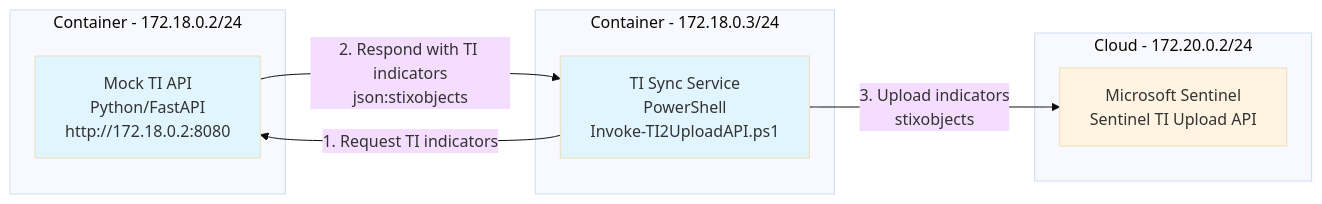
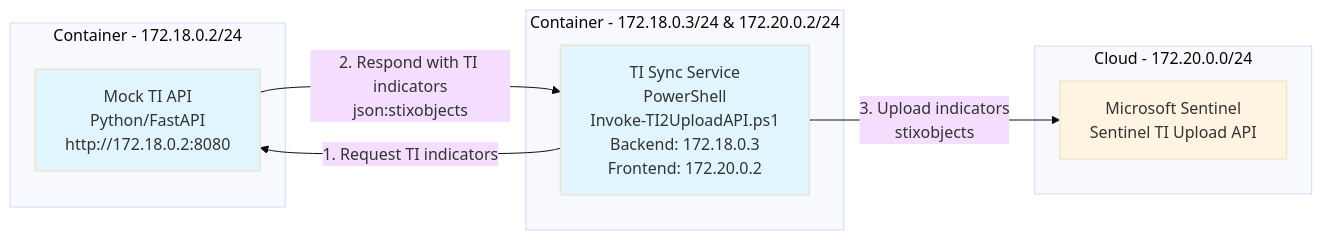
One commit to dcodev1702/Sentinel-TI-Upload-with-Mock-TI-API changed the diagram in README.md. Above: the diagram before and after it, drawn with Mermaid (base theme).

````diff
--- a/README.md
+++ b/README.md
@@ -6,22 +6,22 @@
 ```mermaid
 graph LR
     subgraph "Container - 172.18.0.2/24"
         A[Mock TI API<br/>Python/FastAPI<br/>http://172.18.0.2:8080]
     end
     
-    subgraph "Container - 172.18.0.3/24"
-        B[TI Sync Service<br/>PowerShell<br/>Invoke-TI2UploadAPI.ps1]
+    subgraph "Container - 172.18.0.3/24 & 172.20.0.2/24"
+        B[TI Sync Service<br/>PowerShell<br/>Invoke-TI2UploadAPI.ps1<br/>Backend: 172.18.0.3<br/>Frontend: 172.20.0.2]
     end
     
-    subgraph "Cloud - 172.20.0.2/24"
+    subgraph "Cloud - 172.20.0.0/24"
         C[Microsoft Sentinel<br/>Sentinel TI Upload API]
     end
     
     B -->|1. Request TI indicators| A
     A -->|2. Respond with TI indicators<br/>json:stixobjects| B
     B -->|3. Upload indicators<br/>stixobjects| C
     
     style A fill:#e1f5ff
     style B fill:#e1f5ff
     style C fill:#fff4e1
 ```
````
